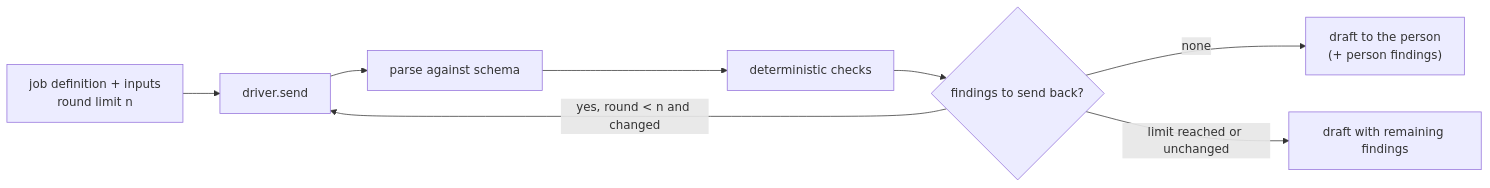
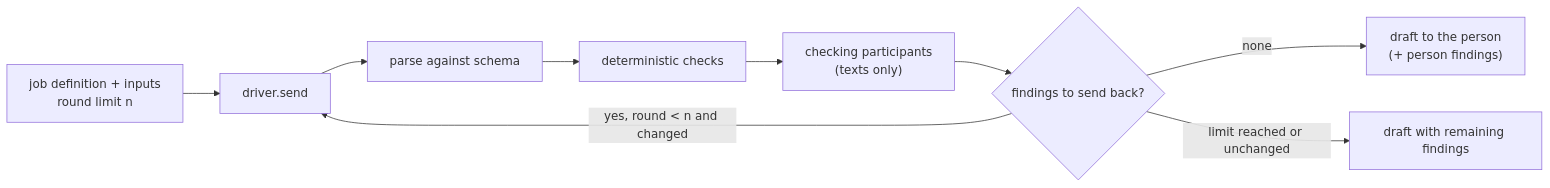
One commit to akmaier/agent-m changed the diagram in docs/architecture/ARC-008-correction-loop-as-one-harness.md. Above: the diagram before and after it, drawn with Mermaid. The commit also changed other lines of this file and 7 other files, not shown here.

First line of the commit message:
docs(architecture): report data rewritten without persons, checked by three LLMs — no surrogates (queue 2026-09-30k)

````diff
--- a/docs/architecture/ARC-008-correction-loop-as-one-harness.md
+++ b/docs/architecture/ARC-008-correction-loop-as-one-harness.md
@@ -49,10 +66,11 @@
 ```mermaid
 flowchart LR
     S["job definition + inputs<br/>round limit n"] --> D["driver.send"]
     D --> P["parse against schema"]
     P --> C["deterministic checks"]
-    C --> K{"findings to send back?"}
+    C --> M["checking participants<br/>(texts only)"]
+    M --> K{"findings to send back?"}
     K -- none --> OUT["draft to the person<br/>(+ person findings)"]
     K -- "yes, round < n and changed" --> D
     K -- "limit reached or unchanged" --> OUT2["draft with remaining findings"]
 ```
````
